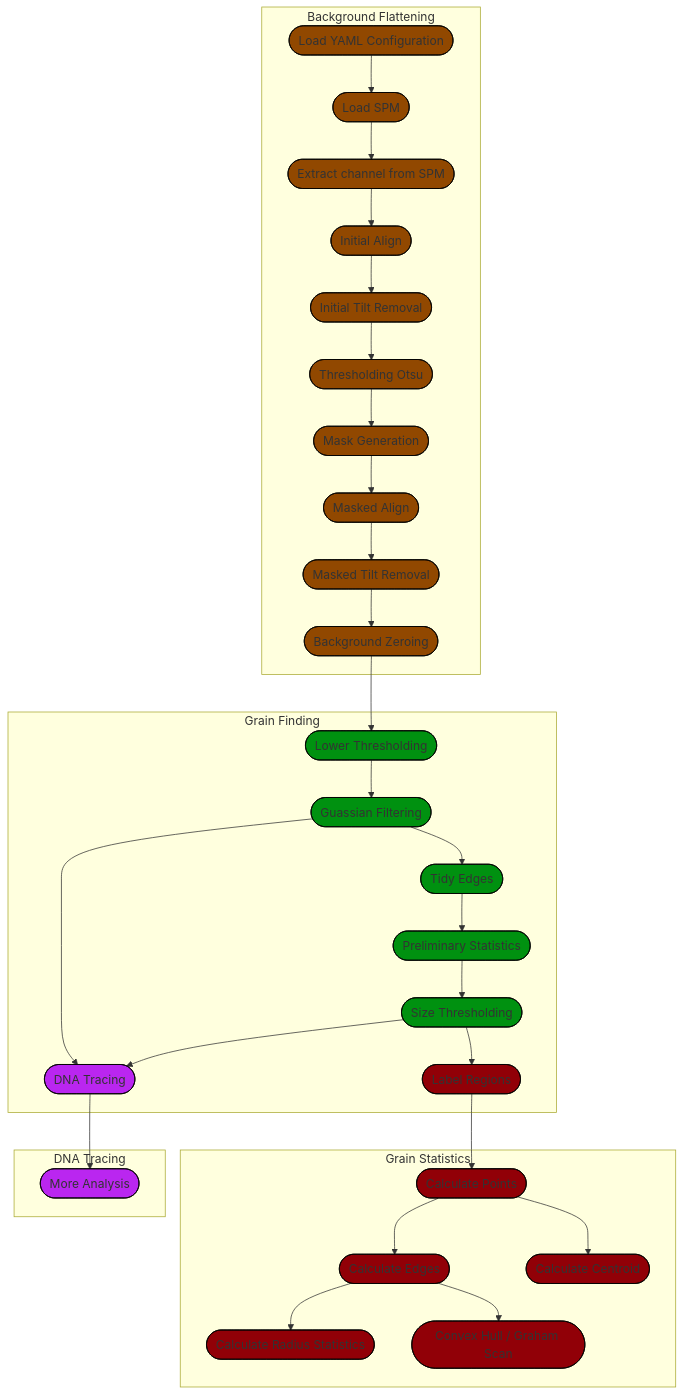
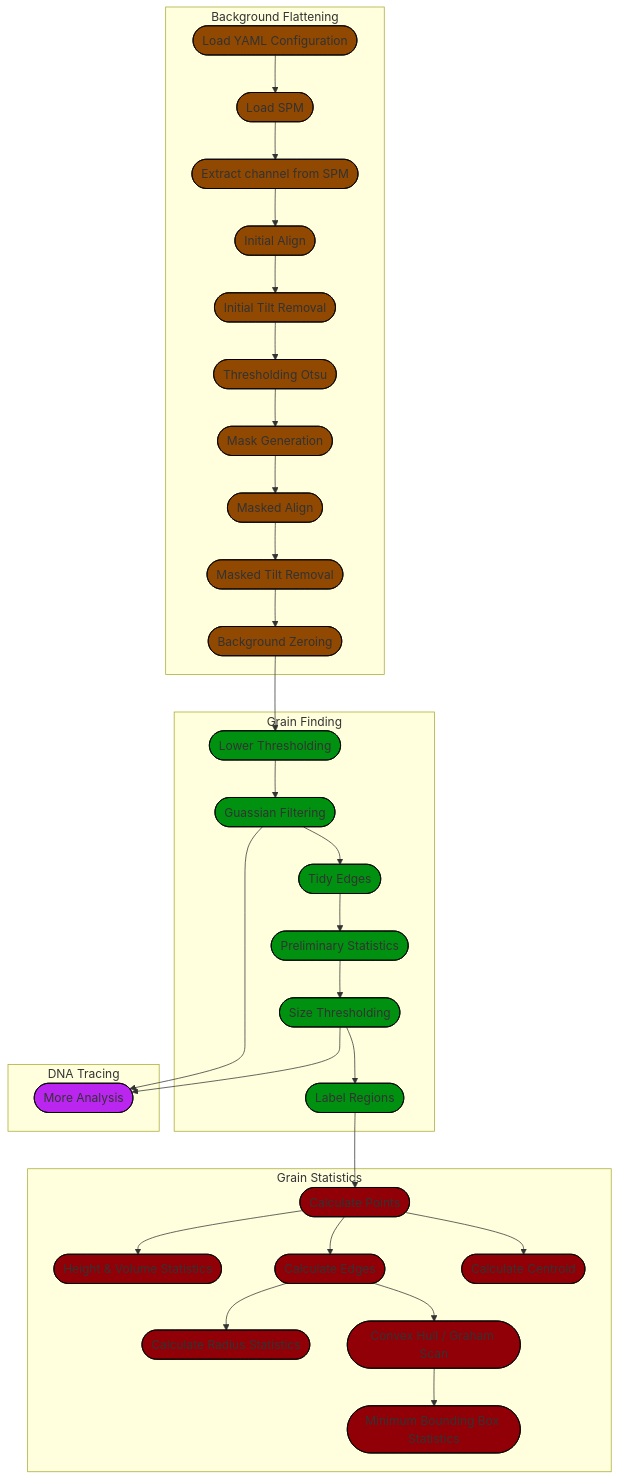
One commit to AFM-SPM/TopoStats changed the diagram in docs/workflow.md. Above: the diagram before and after it, drawn with Mermaid.

Commit message:
Suggestion: Adjust structure

````diff
--- a/docs/workflow.md
+++ b/docs/workflow.md
@@ -12,61 +12,63 @@
 ```{mermaid}
 %%{init: {'theme': 'base',
          }
 }%%
 graph TD;
 
   subgraph Background Flattening
   A1([Load YAML Configuration]) --> A2([Load SPM])
   A2 --> A3([Extract channel from SPM])
   A3 --> A4([Initial Align])
   A4 --> A5([Initial Tilt Removal])
   A5 --> A6([Thresholding Otsu])
   A6 --> A7([Mask Generation])
   A7 --> A8([Masked Align])
   A8 --> A9([Masked Tilt Removal])
   A9 --> A10([Background Zeroing])
   end
   subgraph Grain Finding
   A10 --> B1([Lower Thresholding])
   B1 --> B2([Guassian Filtering])
   B2 --> B3([Tidy Edges])
-  B2 --> D1([DNA Tracing])
   B3 --> B4([Preliminary Statistics])
   B4 --> B5([Size Thresholding])
-  B5 --> C1([Label Regions])
-  B5 --> D1
+  B5 --> B6([Label Regions])
   end
   subgraph Grain Statistics
-  C1 --> C2([Calculate Points])
+  B6 --> C2([Calculate Points])
+  C2 --> C8([Height & Volume Statistics])
   C2 --> C3([Calculate Edges])
   C2 --> C4([Calculate Centroid])
   C3 --> C5([Calculate Radius Statistics])
   C3 --> C6([Convex Hull / Graham Scan])
+  C6 --> C7([Minimum Bounding Box Statistics])
   end
   subgraph DNA Tracing
-  D1 --> D2([More Analysis])
+  B2 --> D1([More Analysis])
+  B5 --> D1
   end
   style A1 fill:#914800,stroke:#000000
   style A2 fill:#914800,stroke:#000000
   style A3 fill:#914800,stroke:#000000
   style A4 fill:#914800,stroke:#000000
   style A5 fill:#914800,stroke:#000000
   style A6 fill:#914800,stroke:#000000
   style A7 fill:#914800,stroke:#000000
   style A8 fill:#914800,stroke:#000000
   style A9 fill:#914800,stroke:#000000
   style A10 fill:#914800,stroke:#000000
   style B1 fill:#009110,stroke:#000000
   style B2 fill:#009110,stroke:#000000
   style B3 fill:#009110,stroke:#000000
   style B4 fill:#009110,stroke:#000000
   style B5 fill:#009110,stroke:#000000
-  style C1 fill:#910007,stroke:#000000
+  style B6 fill:#009110,stroke:#000000
   style C2 fill:#910007,stroke:#000000
   style C3 fill:#910007,stroke:#000000
   style C4 fill:#910007,stroke:#000000
   style C5 fill:#910007,stroke:#000000
   style C6 fill:#910007,stroke:#000000
+  style C7 fill:#910007,stroke:#000000
+  style C8 fill:#910007,stroke:#000000
   style D1 fill:#ba26f0,stroke:#000000
-  style D2 fill:#ba26f0,stroke:#000000
 ```
````
